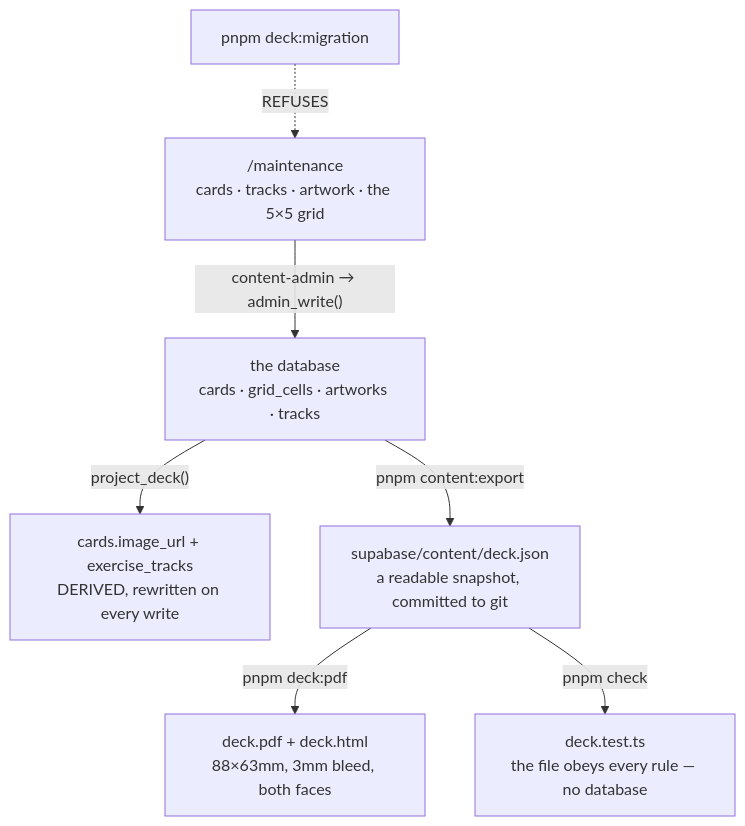
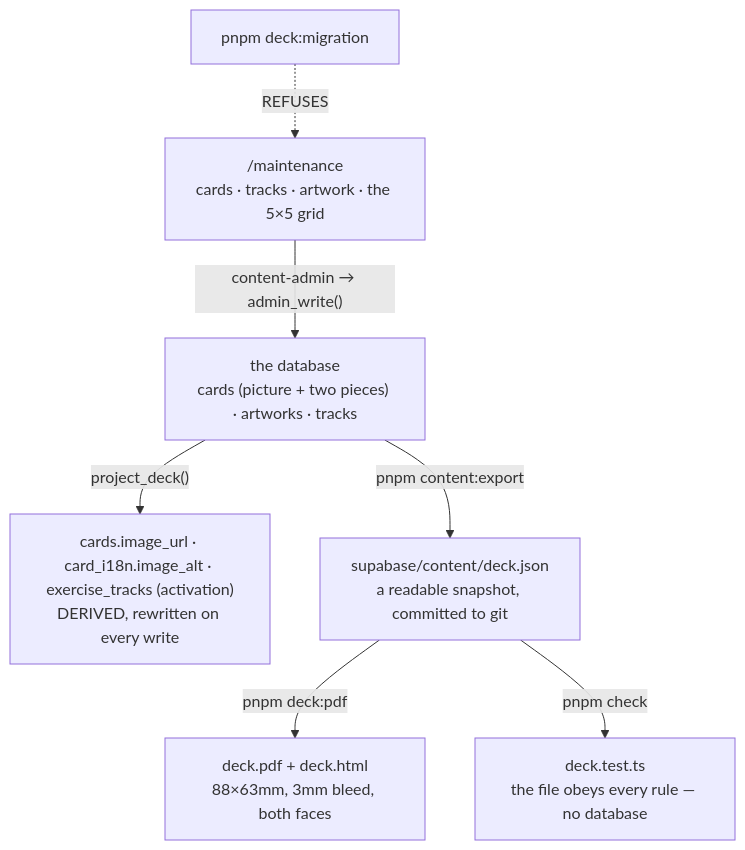
Before and after one commit to product-ben/musie: the diagram in apps/docs/features/deck-pipeline.md, drawn with Mermaid. The commit also changed other lines of this file and 23 other files, not shown here.

First line of the commit message:
Two tracks per card: the card carries them, the goal picks one

````diff
--- a/apps/docs/features/deck-pipeline.md
+++ b/apps/docs/features/deck-pipeline.md
@@ -11,10 +11,10 @@
 ```mermaid
 flowchart TD
   UI["/maintenance<br/>cards · tracks · artwork · the 5×5 grid"]
-  UI -->|"content-admin → admin_write()"| DB["the database<br/>cards · grid_cells · artworks · tracks"]
-  DB -->|"project_deck()"| P["cards.image_url + exercise_tracks<br/>DERIVED, rewritten on every write"]
+  UI -->|"content-admin → admin_write()"| DB["the database<br/>cards (picture + two pieces) · artworks · tracks"]
+  DB -->|"project_deck()"| P["cards.image_url · card_i18n.image_alt · exercise_tracks (activation)<br/>DERIVED, rewritten on every write"]
   DB -->|"pnpm content:export"| J["supabase/content/deck.json<br/>a readable snapshot, committed to git"]
   J -->|"pnpm deck:pdf"| PDF["deck.pdf + deck.html<br/>88×63mm, 3mm bleed, both faces"]
   J -->|"pnpm check"| T["deck.test.ts<br/>the file obeys every rule — no database"]
   X["pnpm deck:migration"] -.->|"REFUSES"| UI
 ```
````
